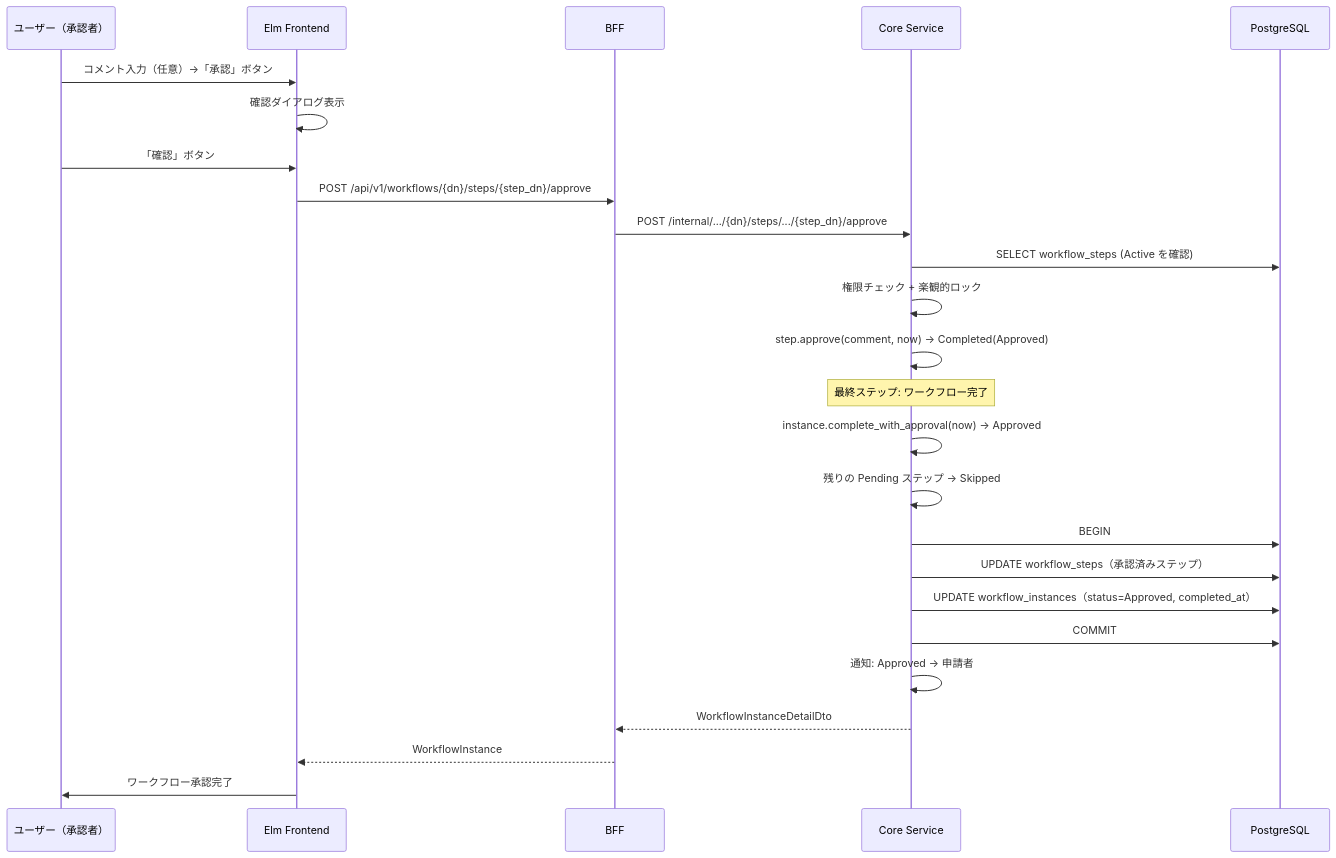
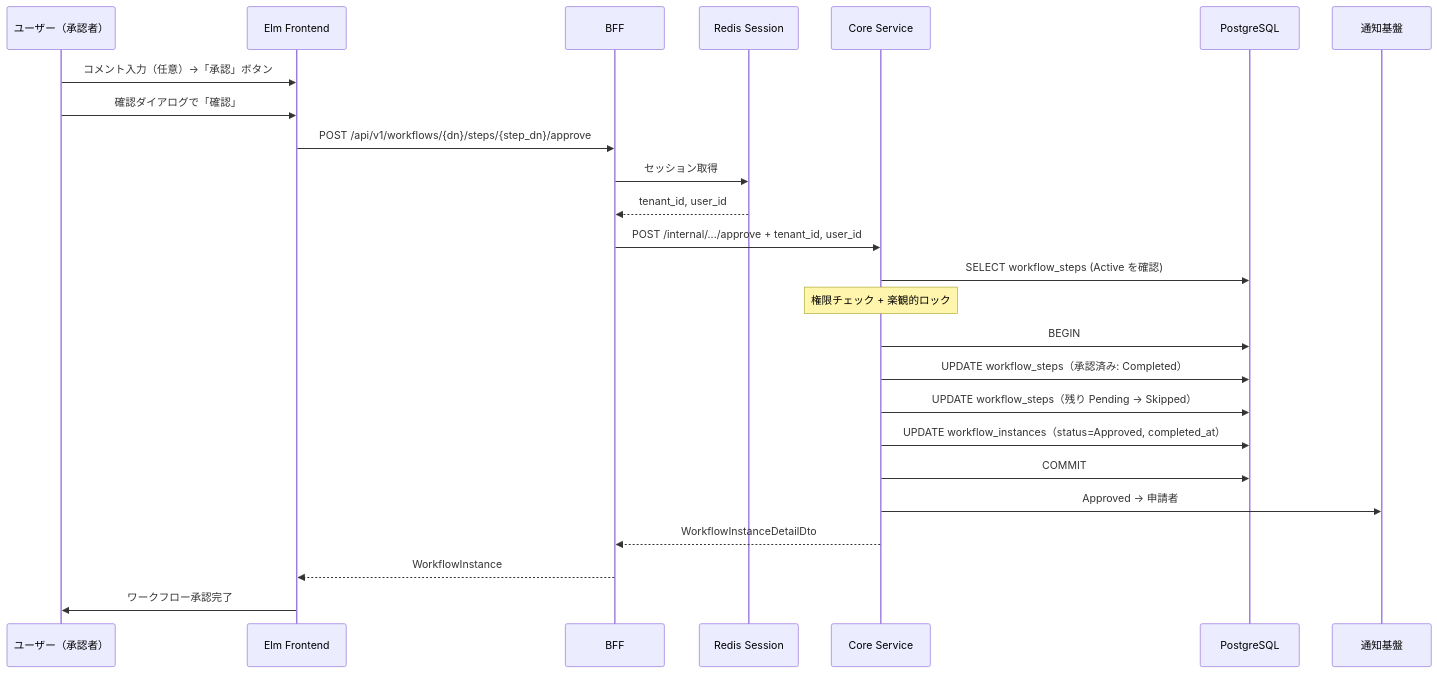
The second of 6 diagrams in docs/90_実装解説/ワークフロー/02_承認・却下フロー.md (ka2kama/ringiflow), drawn with Mermaid before and after one commit. The commit also changed other lines of this file and 1 other file, not shown here.

First line of the commit message:
#1128 Improve sequence diagrams: explicit participants, internal flow

````diff
--- a/docs/90_実装解説/ワークフロー/02_承認・却下フロー.md
+++ b/docs/90_実装解説/ワークフロー/02_承認・却下フロー.md
@@ -57,33 +53,32 @@
 ```mermaid
 sequenceDiagram
     participant U as ユーザー（承認者）
     participant Elm as Elm Frontend
     participant BFF as BFF
+    participant Redis as Redis Session
     participant Core as Core Service
     participant DB as PostgreSQL
+    participant Notify as 通知基盤
 
     U->>Elm: コメント入力（任意）→「承認」ボタン
-    Elm->>Elm: 確認ダイアログ表示
-    U->>Elm: 「確認」ボタン
+    U->>Elm: 確認ダイアログで「確認」
 
     Elm->>BFF: POST /api/v1/workflows/{dn}/steps/{step_dn}/approve
-    BFF->>Core: POST /internal/.../{dn}/steps/.../{step_dn}/approve
+    BFF->>Redis: セッション取得
+    Redis-->>BFF: tenant_id, user_id
+    BFF->>Core: POST /internal/.../approve + tenant_id, user_id
 
     Core->>DB: SELECT workflow_steps (Active を確認)
-    Core->>Core: 権限チェック + 楽観的ロック
-    Core->>Core: step.approve(comment, now) → Completed(Approved)
-
-    Note over Core: 最終ステップ: ワークフロー完了
-    Core->>Core: instance.complete_with_approval(now) → Approved
-    Core->>Core: 残りの Pending ステップ → Skipped
+    Note over Core: 権限チェック + 楽観的ロック
 
     Core->>DB: BEGIN
-    Core->>DB: UPDATE workflow_steps（承認済みステップ）
+    Core->>DB: UPDATE workflow_steps（承認済み: Completed）
+    Core->>DB: UPDATE workflow_steps（残り Pending → Skipped）
     Core->>DB: UPDATE workflow_instances（status=Approved, completed_at）
     Core->>DB: COMMIT
 
-    Core->>Core: 通知: Approved → 申請者
+    Core->>Notify: Approved → 申請者
     Core-->>BFF: WorkflowInstanceDetailDto
     BFF-->>Elm: WorkflowInstance
     Elm->>U: ワークフロー承認完了
 ```
````
